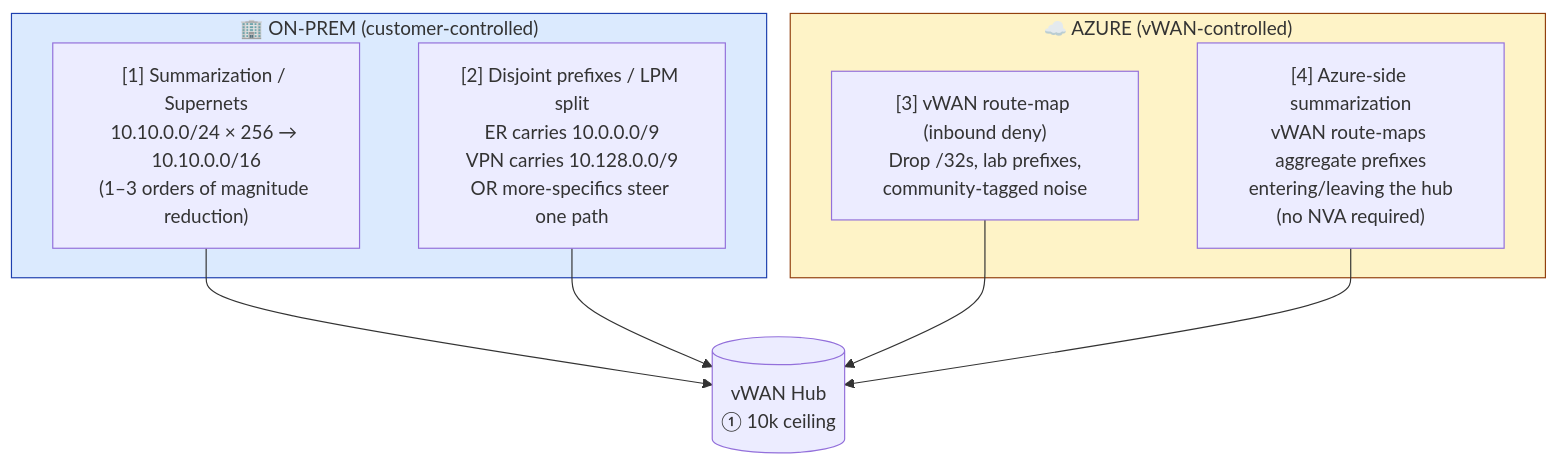
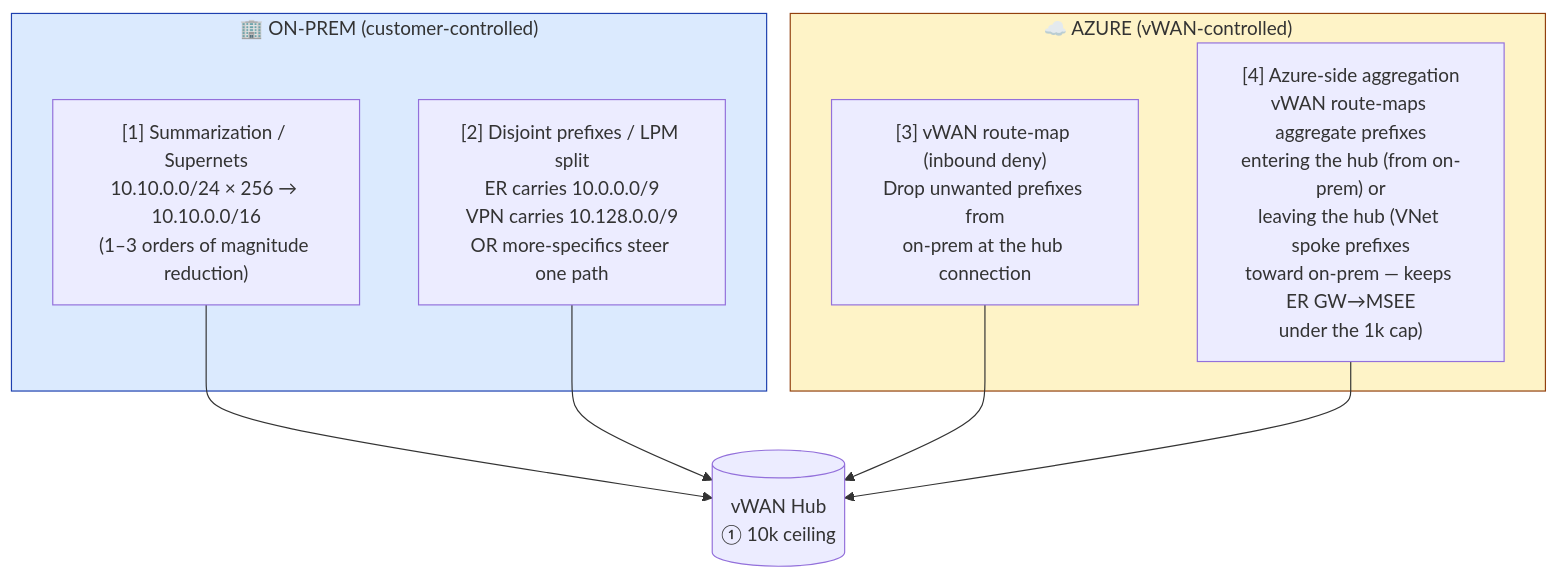
The third of 3 diagrams in README.md (adtork/vwan-routing-limits), drawn with Mermaid before and after one commit. The commit also changed other lines of this file, not shown here.

Commit message:
Mitigation levers: reword [3]/[4] - drop or aggregate inbound; outbound aggregation of VNet spoke prefixes keeps ER GW->MSEE under 1k cap

````diff
--- a/README.md
+++ b/README.md
@@ -120,22 +120,22 @@
 ```mermaid
 flowchart TB
     subgraph OP["🏢 ON-PREM (customer-controlled)"]
         O1["[1] Summarization / Supernets<br/>10.10.0.0/24 × 256 → 10.10.0.0/16<br/>(1–3 orders of magnitude reduction)"]
         O2["[2] Disjoint prefixes / LPM split<br/>ER carries 10.0.0.0/9<br/>VPN carries 10.128.0.0/9<br/>OR more-specifics steer one path"]
     end
 
     subgraph AZ["☁️ AZURE (vWAN-controlled)"]
-        A1["[3] vWAN route-map (inbound deny)<br/>Drop /32s, lab prefixes,<br/>community-tagged noise"]
-        A2["[4] Azure-side summarization<br/>vWAN route-maps aggregate prefixes<br/>entering/leaving the hub<br/>(no NVA required)"]
+        A1["[3] vWAN route-map (inbound deny)<br/>Drop unwanted prefixes from<br/>on-prem at the hub connection"]
+        A2["[4] Azure-side aggregation<br/>vWAN route-maps aggregate prefixes<br/>entering the hub (from on-prem) or<br/>leaving the hub (VNet spoke prefixes<br/>toward on-prem — keeps ER GW→MSEE<br/>under the 1k cap)"]
     end
 
     O1 --> HUB[("vWAN Hub<br/>① 10k ceiling")]
     O2 --> HUB
     A1 --> HUB
     A2 --> HUB
 
     classDef onprem fill:#dbeafe,stroke:#1e40af
     classDef azure fill:#fef3c7,stroke:#92400e
     class OP onprem
     class AZ azure
 ```
````
